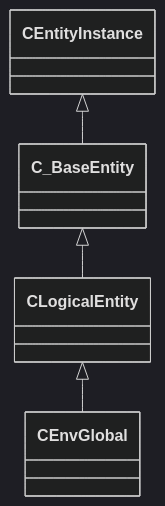
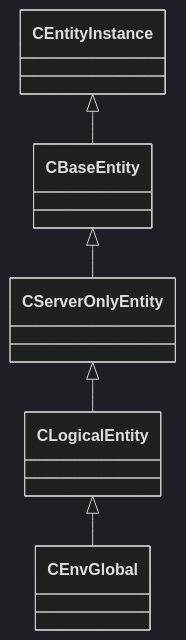
One commit to CS2OpenDev/CS2OpenDev-Docs changed the diagram in docs/generated/schemas/server/CEnvGlobal.md. Above: the diagram before and after it, drawn with Mermaid (dark theme). The commit also changed other lines of this file and 4525 other files, not shown here.

````diff
--- a/docs/generated/schemas/server/CEnvGlobal.md
+++ b/docs/generated/schemas/server/CEnvGlobal.md
@@ -17,6 +19,7 @@
 ```mermaid
 classDiagram
     CLogicalEntity <|-- CEnvGlobal
-    C_BaseEntity <|-- CLogicalEntity
-    CEntityInstance <|-- C_BaseEntity
+    CServerOnlyEntity <|-- CLogicalEntity
+    CBaseEntity <|-- CServerOnlyEntity
+    CEntityInstance <|-- CBaseEntity
 ```
````
